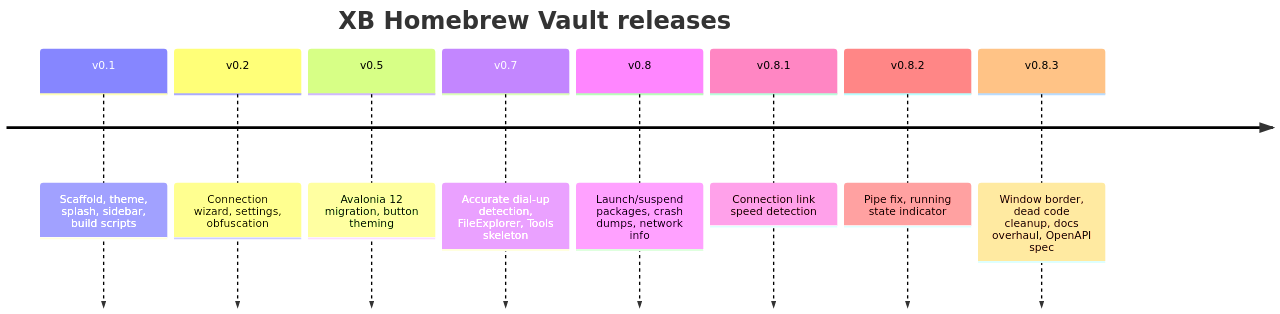
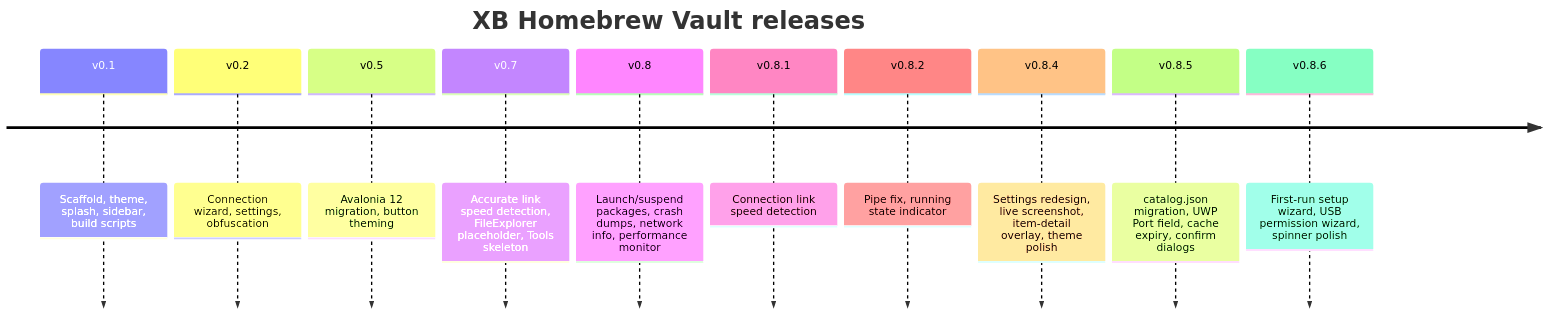
One commit to marcelofrau/xb-homebrew-vault changed the first of 3 diagrams in docs/roadmap.md. Above: the diagram before and after it, drawn with Mermaid. The commit also changed other lines of this file and 15 other files, not shown here.

````diff
--- a/docs/roadmap.md
+++ b/docs/roadmap.md
@@ -5,12 +18,14 @@
 ```mermaid
 timeline
     title XB Homebrew Vault releases
     v0.1 : Scaffold, theme, splash, sidebar, build scripts
     v0.2 : Connection wizard, settings, obfuscation
     v0.5 : Avalonia 12 migration, button theming
-    v0.7 : Accurate dial-up detection, FileExplorer, Tools skeleton
-    v0.8 : Launch/suspend packages, crash dumps, network info
+    v0.7 : Accurate link speed detection, FileExplorer placeholder, Tools skeleton
+    v0.8 : Launch/suspend packages, crash dumps, network info, performance monitor
     v0.8.1 : Connection link speed detection
     v0.8.2 : Pipe fix, running state indicator
-    v0.8.3 : Window border, dead code cleanup, docs overhaul, OpenAPI spec
+    v0.8.4 : Settings redesign, live screenshot, item-detail overlay, theme polish
+    v0.8.5 : catalog.json migration, UWP Port field, cache expiry, confirm dialogs
+    v0.8.6 : First-run setup wizard, USB permission wizard, spinner polish
 ```
````
